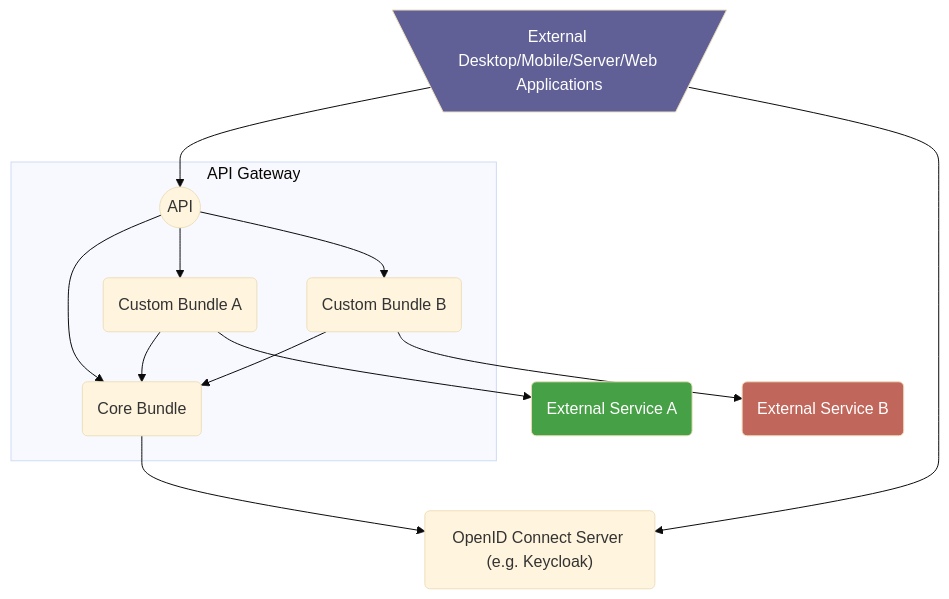
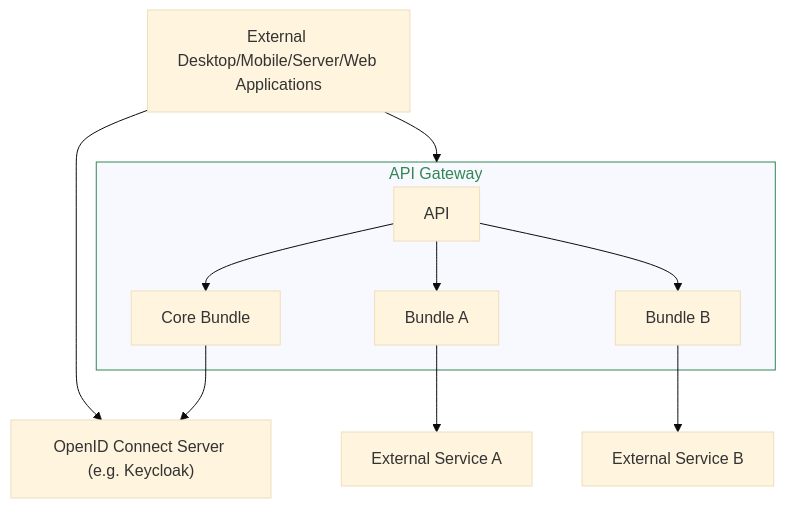
The diagram in docs/relay/index.md (digital-blueprint/handbook), drawn with Mermaid (base theme) before and after one commit.

Commit message:
relay: clean up the mermaid graph a bit

````diff
--- a/docs/relay/index.md
+++ b/docs/relay/index.md
@@ -10,29 +10,26 @@
 ```mermaid
-graph TD
-    style ext_apps fill:#606096,color:#fff
-    style ext_service1 fill:#46A046,color:#fff
-    style ext_service2 fill:#C1665A,color:#fff
+flowchart TB
+    style api_gateway stroke:#338555,color:#338555
 
-    ext_apps[\"External Desktop/Mobile/Server/Web Applications"/]
-    oidc_server("OpenID Connect Server (e.g. Keycloak)")
-    ext_service1("External Service A")
-    ext_service2("External Service B")
+    ext_apps["External Desktop/Mobile/Server/Web Applications"]
+    oidc_server["OpenID Connect Server (e.g. Keycloak)"]
+    ext_service1["External Service A"]
+    ext_service2["External Service B"]
 
-    subgraph API Gateway
-        api(("API"))
-        core_bundle("Core Bundle")
-        custom_bundle1("Custom Bundle A")
-        custom_bundle2("Custom Bundle B")
+    subgraph api_gateway["API Gateway"]
+        api["API"]
+        core_bundle["Core Bundle"]
+        custom_bundle1["Bundle A"]
+        custom_bundle2["Bundle B"]
     end
 
     api --> core_bundle
     api --> custom_bundle1
     api --> custom_bundle2
-    custom_bundle1 --> core_bundle
+
     custom_bundle1 --> ext_service1
-    custom_bundle2 --> core_bundle
     custom_bundle2 --> ext_service2
-    ext_apps --> api
+    ext_apps --> api_gateway
     ext_apps --> oidc_server
     core_bundle --> oidc_server
 ```
````
